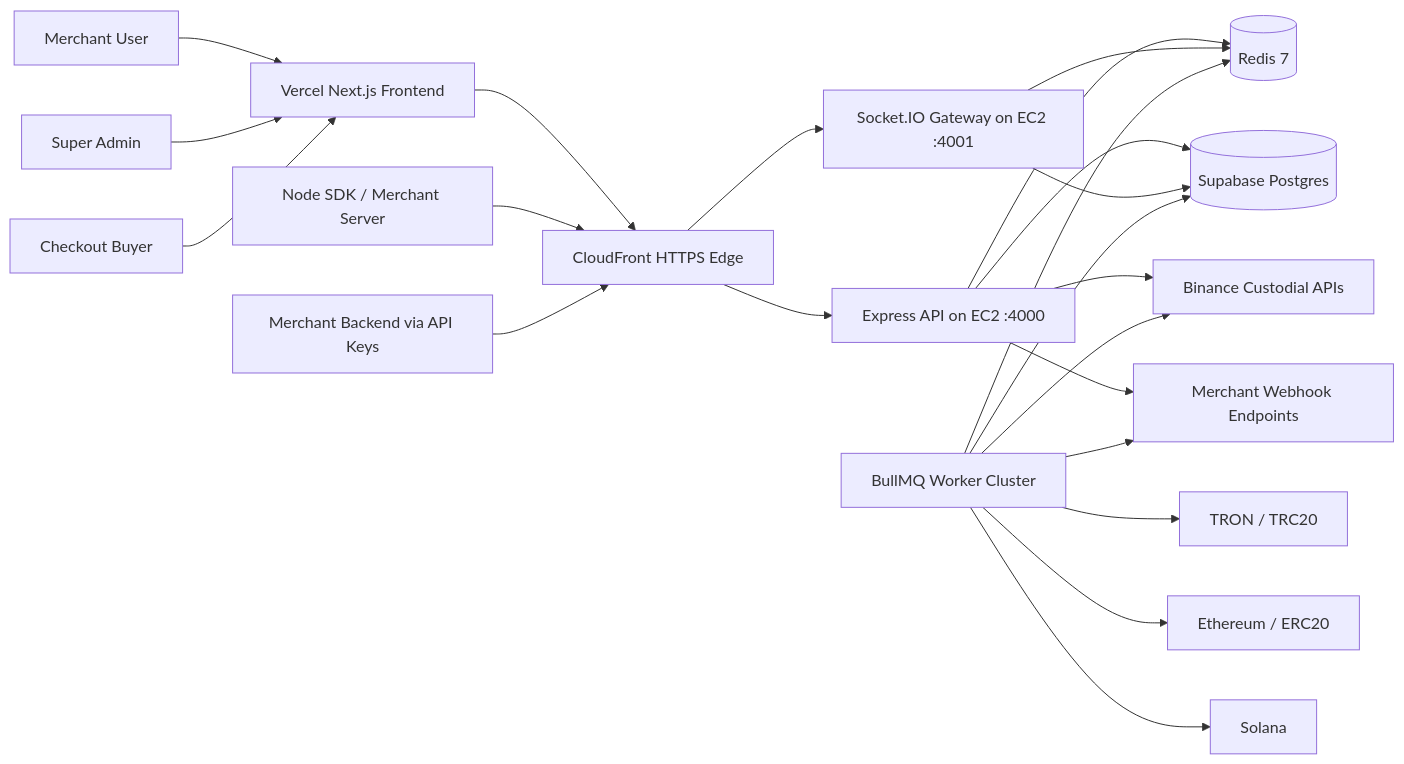
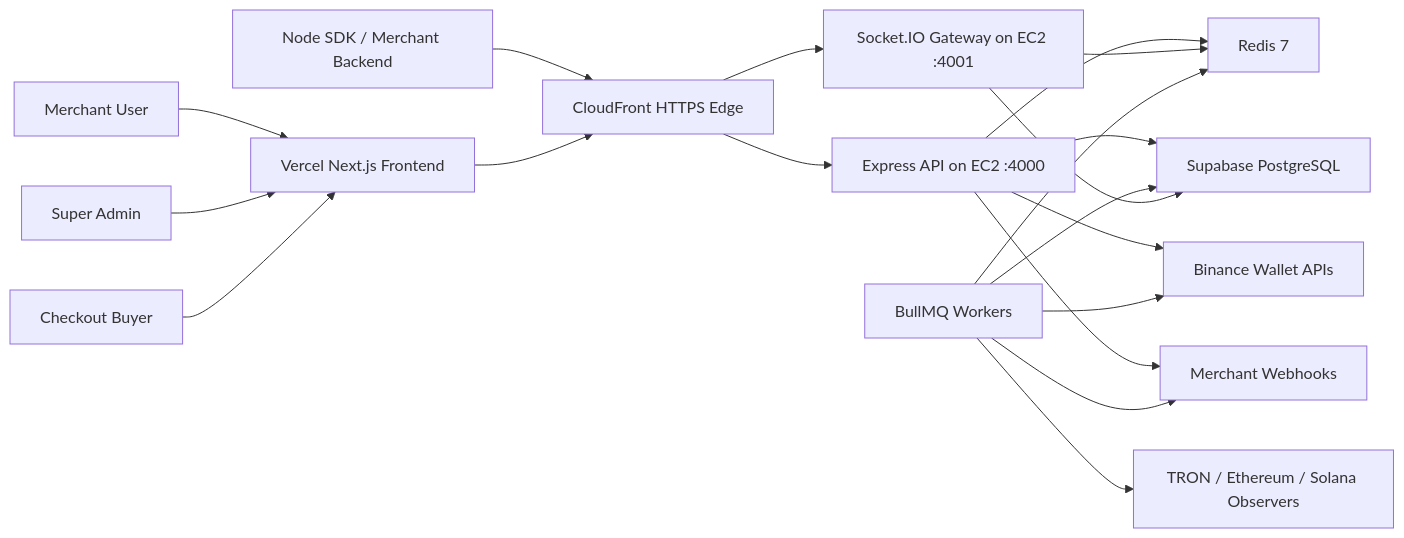
The diagram in README.md (FluxxPG/Paycrypt), drawn with Mermaid before and after one commit. The commit also changed other lines of this file and 31 other files, not shown here.

````diff
--- a/README.md
+++ b/README.md
@@ -29,30 +75,27 @@
 ```mermaid
 flowchart LR
-    MerchantUser[Merchant User] --> Web[Vercel Next.js Frontend]
-    AdminUser[Super Admin] --> Web
-    Buyer[Checkout Buyer] --> Web
+    Merchant["Merchant User"] --> Web["Vercel Next.js Frontend"]
+    Admin["Super Admin"] --> Web
+    Buyer["Checkout Buyer"] --> Web
 
-    Web --> Edge[CloudFront HTTPS Edge]
-    SDK[Node SDK / Merchant Server] --> Edge
-    MerchantBackend[Merchant Backend via API Keys] --> Edge
+    SDK["Node SDK / Merchant Backend"] --> Edge["CloudFront HTTPS Edge"]
+    Web --> Edge
 
-    Edge --> API[Express API on EC2 :4000]
-    Edge --> WS[Socket.IO Gateway on EC2 :4001]
+    Edge --> API["Express API on EC2 :4000"]
+    Edge --> WS["Socket.IO Gateway on EC2 :4001"]
 
-    API --> Redis[(Redis 7)]
+    API --> Redis["Redis 7"]
     WS --> Redis
-    Worker[BullMQ Worker Cluster] --> Redis
+    Worker["BullMQ Workers"] --> Redis
 
-    API --> Supabase[(Supabase Postgres)]
-    WS --> Supabase
-    Worker --> Supabase
+    API --> DB["Supabase PostgreSQL"]
+    Worker --> DB
+    WS --> DB
 
-    API --> Binance[Binance Custodial APIs]
+    API --> Binance["Binance Wallet APIs"]
     Worker --> Binance
-    Worker --> Tron[TRON / TRC20]
-    Worker --> Ethereum[Ethereum / ERC20]
-    Worker --> Solana[Solana]
+    Worker --> Chains["TRON / Ethereum / Solana Observers"]
 
-    API --> Webhooks[Merchant Webhook Endpoints]
-    Worker --> Webhooks
+    API --> MerchantHooks["Merchant Webhooks"]
+    Worker --> MerchantHooks
 ```
````
